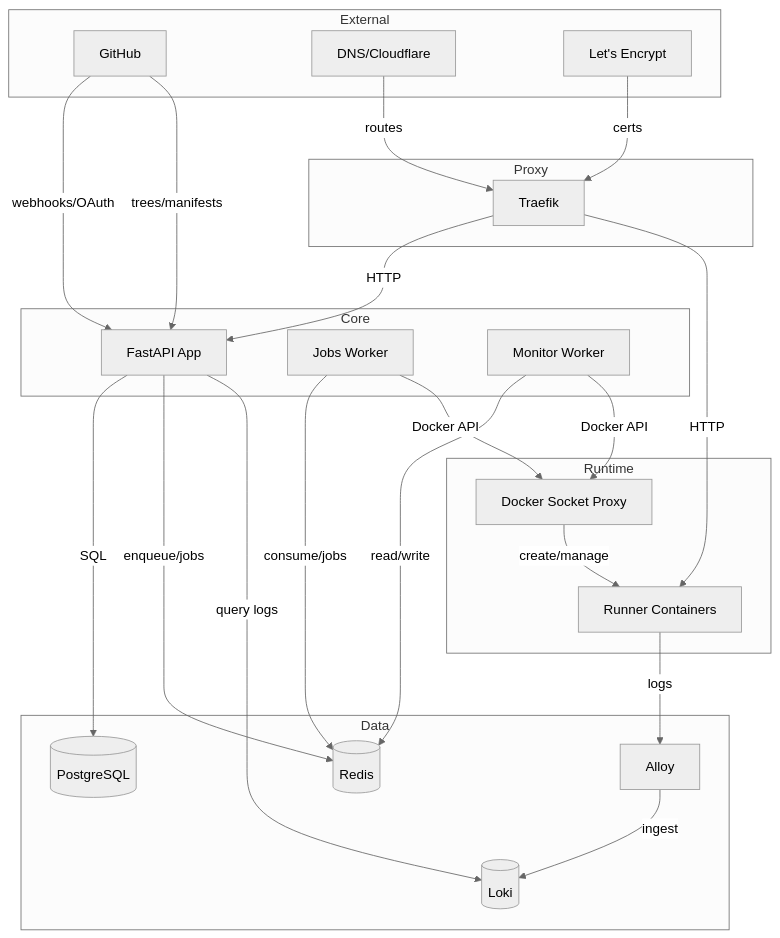
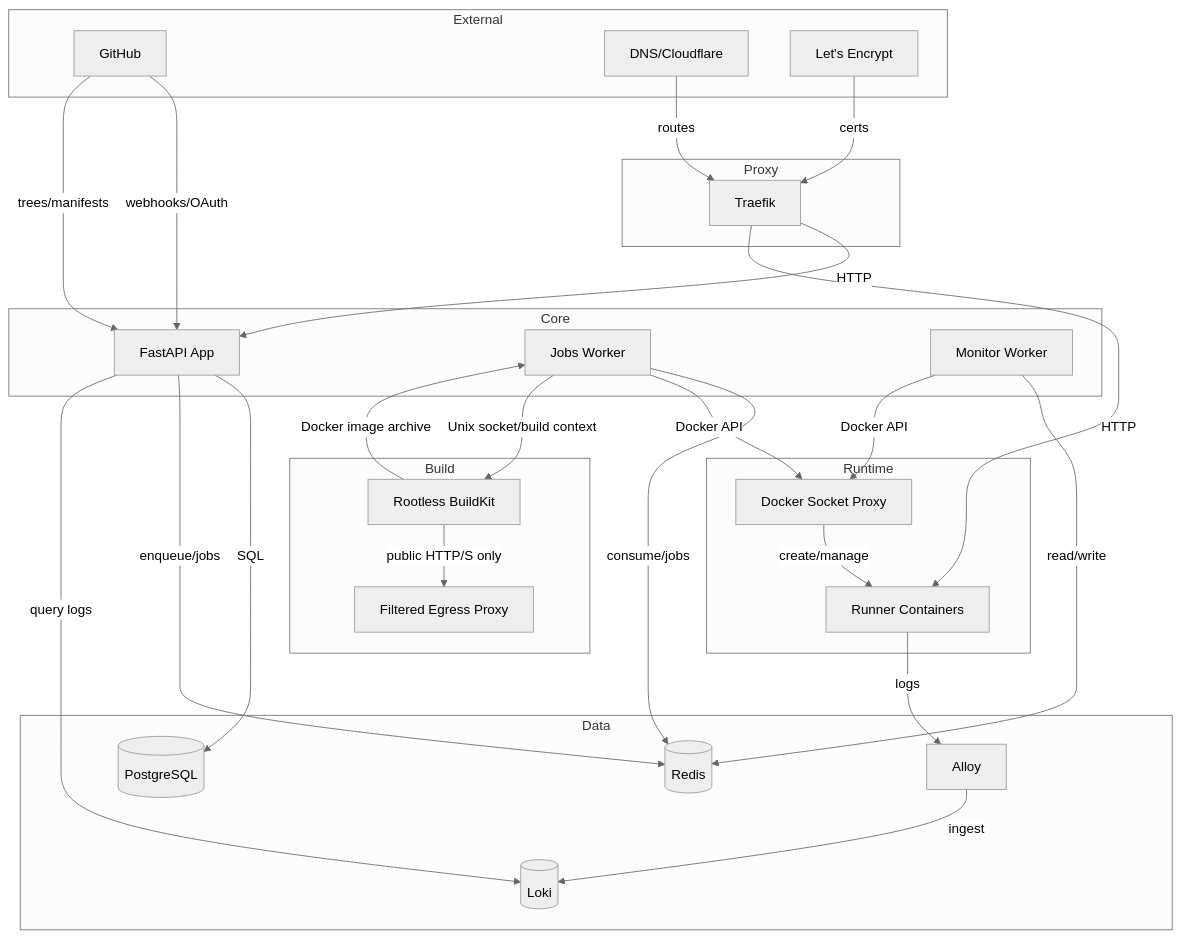
One commit to mayowaoladosu/devvpush changed the first of 2 diagrams in ARCHITECTURE.md. Above: the diagram before and after it, drawn with Mermaid (neutral theme). The commit also changed other lines of this file and 34 other files, not shown here.

````diff
--- a/ARCHITECTURE.md
+++ b/ARCHITECTURE.md
@@ -42,47 +44,55 @@
 ```mermaid
 flowchart TB
   subgraph External
     GH[GitHub]
     DNS[DNS/Cloudflare]
     ACME[Let's Encrypt]
   end
 
   subgraph Proxy
     T[Traefik]
   end
 
   subgraph Core
     A[FastAPI App]
     W[Jobs Worker]
     M[Monitor Worker]
   end
 
   subgraph Data
     PG[(PostgreSQL)]
     R[(Redis)]
     AL[Alloy]
     L[(Loki)]
   end
 
   subgraph Runtime
     DP[Docker Socket Proxy]
     RC[Runner Containers]
   end
 
+  subgraph Build
+    BK[Rootless BuildKit]
+    EP[Filtered Egress Proxy]
+  end
+
   GH -- webhooks/OAuth --> A
   GH -- trees/manifests --> A
   DNS -- routes --> T
   ACME -- certs --> T
   T -- HTTP --> A
   T -- HTTP --> RC
   A -- SQL --> PG
   A -- enqueue/jobs --> R
   W -- consume/jobs --> R
   M -- read/write --> R
   W -- Docker API --> DP
+  W -- Unix socket/build context --> BK
+  BK -- Docker image archive --> W
+  BK -- public HTTP/S only --> EP
   M -- Docker API --> DP
   DP -- create/manage --> RC
   RC -- logs --> AL
   AL -- ingest --> L
   A -- query logs --> L
 ```
````
